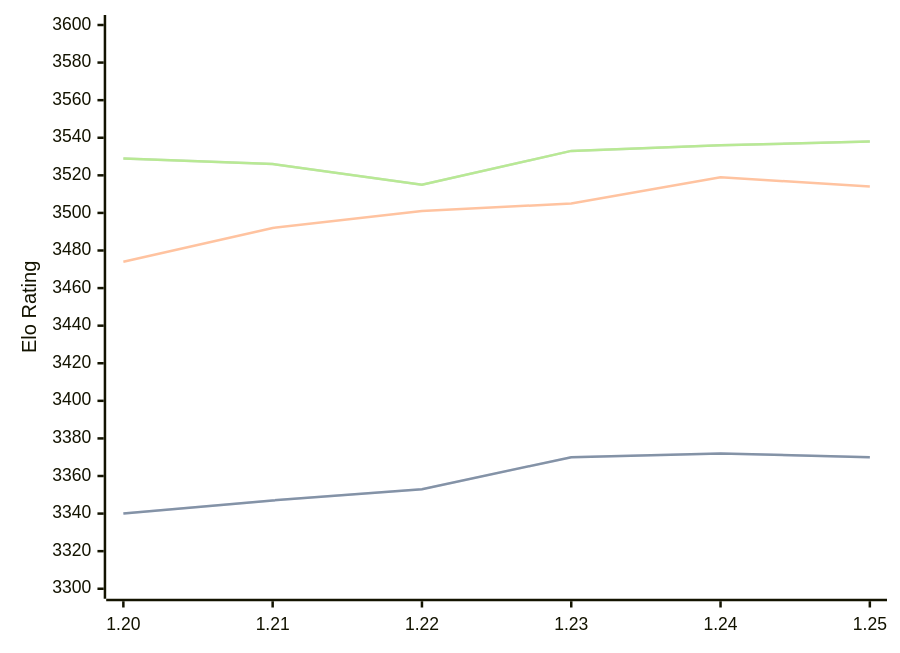
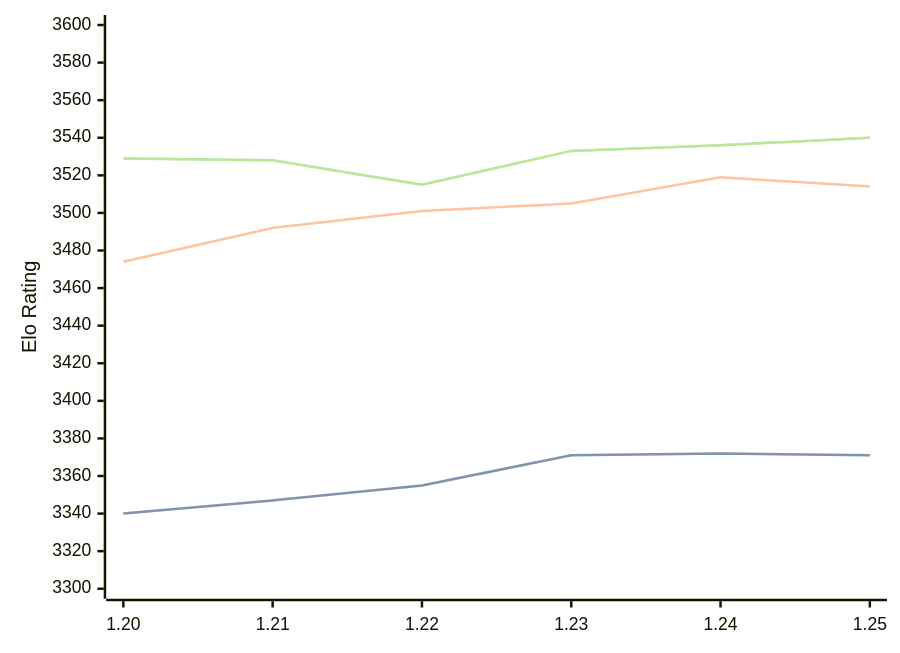
Before and after one commit to computer-chess-index/cci: the third of 3 diagrams in engines/Caissa.md, drawn with Mermaid. The commit also changed other lines of this file, not shown here.

Commit message:
Update CCI Ratings (ELO VLTC) - 2026-06-21

````diff
--- a/engines/Caissa.md
+++ b/engines/Caissa.md
@@ -98,11 +98,11 @@
 ```mermaid
 %%{init: {"theme":"base","themeVariables":{"seriesColors:['#a3a3a3','#222221','#faa371']}}}%%
 xychart-beta
   x-axis ["1.20", "1.21", "1.22", "1.23", "1.24", "1.25"]
   y-axis "Elo Rating" 3300 --> 3600
-  line "STC (8.0+0.08s)" [3340, 3347, 3353, 3370, 3372, 3370]
-  line "STC (8.0+0.08s)" [3340, 3347, 3353, 3370, 3372, 3370]
+  line "STC (8.0+0.08s)" [3340, 3347, 3355, 3371, 3372, 3371]
+  line "STC (8.0+0.08s)" [3340, 3347, 3355, 3371, 3372, 3371]
   line "LTC (60.0+0.60s)" [3474, 3492, 3501, 3505, 3519, 3514]
-  line "VLTC (2m24s+1.12s)" [3529, 3526, 3515, 3533, 3536, 3538]
-  line "VLTC (2m24s+1.12s)" [3529, 3526, 3515, 3533, 3536, 3538]
+  line "VLTC (2m24s+1.12s)" [3529, 3528, 3515, 3533, 3536, 3540]
+  line "VLTC (2m24s+1.12s)" [3529, 3528, 3515, 3533, 3536, 3540]
 ```
````
